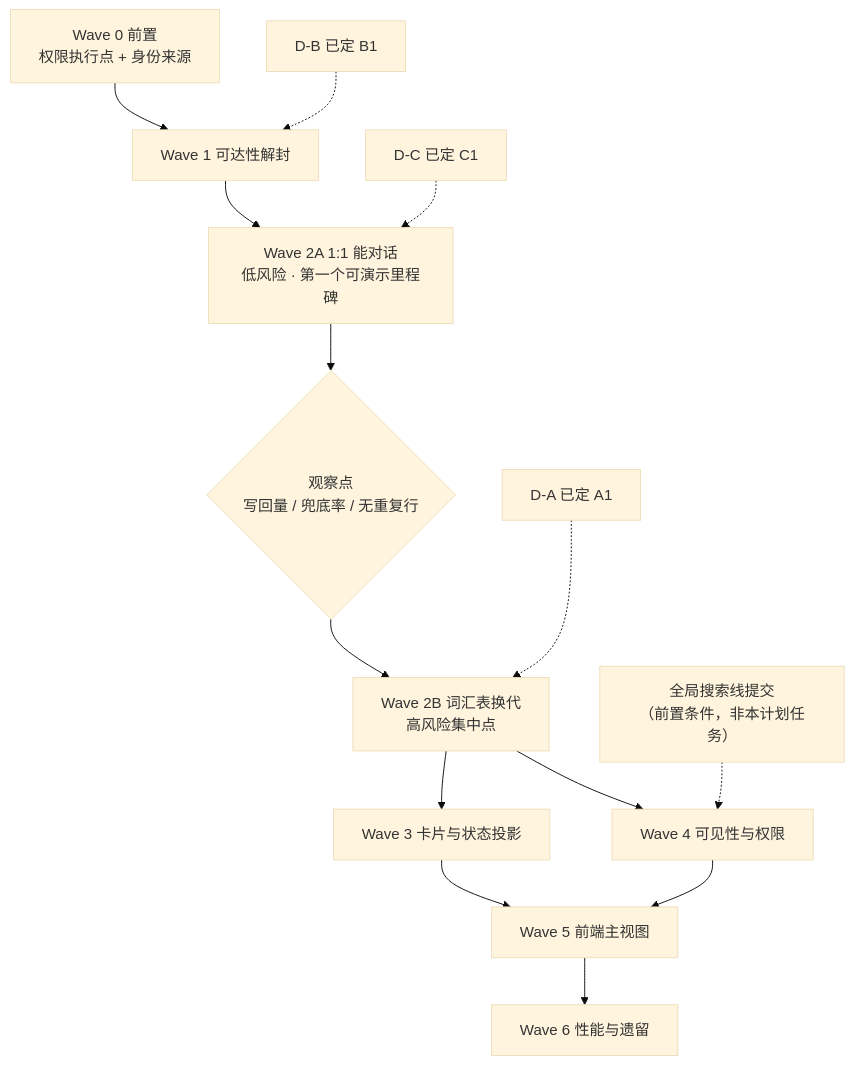
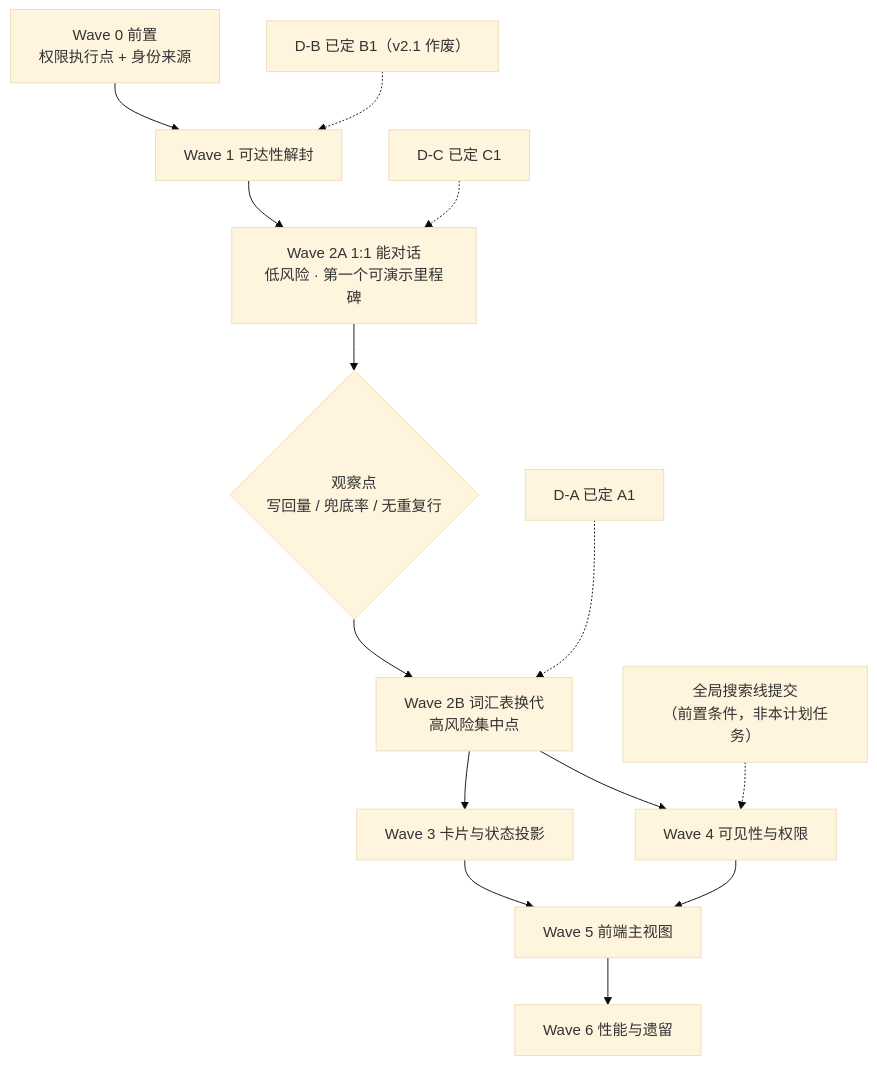
The diagram in docs/plan/zh/intent-chat-session-unification-plan.md (acowork/acowork), drawn with Mermaid (base theme) before and after one commit. The commit also changed other lines of this file and 87 other files, not shown here.

````diff
--- a/docs/plan/zh/intent-chat-session-unification-plan.md
+++ b/docs/plan/zh/intent-chat-session-unification-plan.md
@@ -209,16 +213,16 @@
 ```mermaid
 graph TD
     W0["Wave 0 前置<br/>权限执行点 + 身份来源"] --> W1["Wave 1 可达性解封"]
     W1 --> W2A["Wave 2A 1:1 能对话<br/>低风险 · 第一个可演示里程碑"]
     W2A --> OBS{"观察点<br/>写回量 / 兜底率 / 无重复行"}
     OBS --> W2B["Wave 2B 词汇表换代<br/>高风险集中点"]
     W2B --> W3["Wave 3 卡片与状态投影"]
     W2B --> W4["Wave 4 可见性与权限"]
     W3 --> W5["Wave 5 前端主视图"]
     W4 --> W5
     W5 --> W6["Wave 6 性能与遗留"]
     DA["D-A 已定 A1"] -.-> W2B
-    DB["D-B 已定 B1"] -.-> W1
+    DB["D-B 已定 B1（v2.1 作废）"] -.-> W1
     DC["D-C 已定 C1"] -.-> W2A
     GS["全局搜索线提交<br/>（前置条件，非本计划任务）"] -.-> W4
 ```
````
